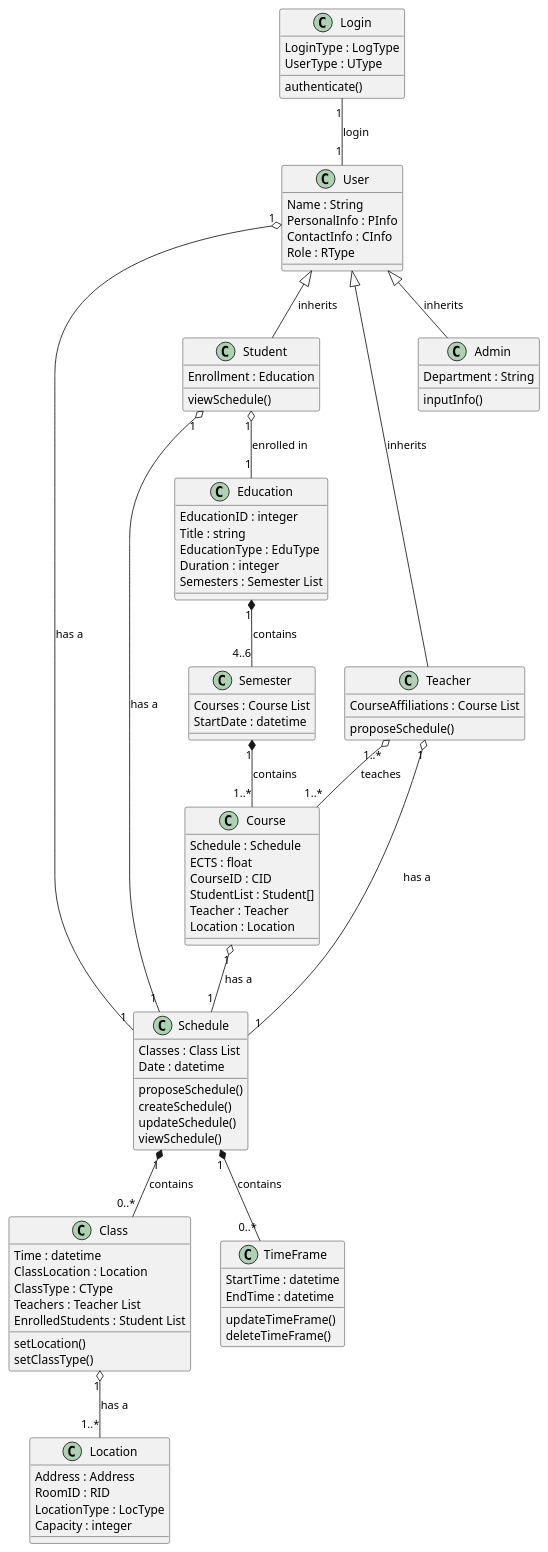
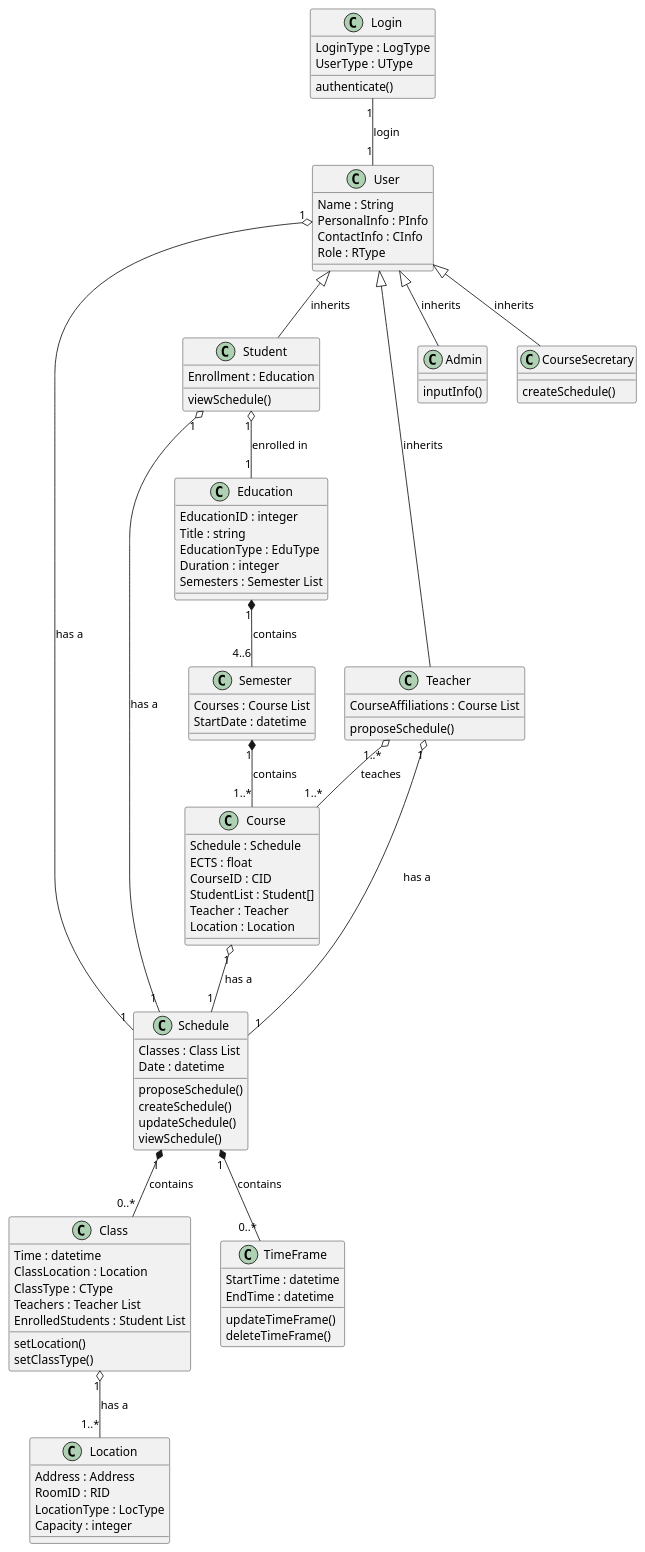
One commit to frejabauch/Systemudvikling_FSIS changed the diagram in ClassDiagram.puml. Above: the diagram before and after it, drawn with PlantUML. The commit also changed 2 other files, not shown here.

Commit message:
updated class diagram

```diff
--- a/ClassDiagram.puml
+++ b/ClassDiagram.puml
@@ -1,107 +1,111 @@
-@startuml
+@startuml ClassDiagram
 
 class Education {
     EducationID : integer
     Title : string
     EducationType : EduType
     Duration : integer
     Semesters : Semester List
 }
 
 class Schedule{
     Classes : Class List
     Date : datetime
     proposeSchedule()
     createSchedule()
     updateSchedule()
     viewSchedule()
 }
 
 class Location{
     Address : Address
     RoomID : RID
     LocationType : LocType
     Capacity : integer
 }
 
 class Course{
     Schedule : Schedule
     ECTS : float
     CourseID : CID
     StudentList : Student[]
     Teacher : Teacher
     Location : Location
 }
 
 class Class{
     Time : datetime
     ClassLocation : Location
     ClassType : CType
     Teachers : Teacher List
     EnrolledStudents : Student List
     setLocation()
     setClassType()
 }
 
 class Login{
     LoginType : LogType
     UserType : UType
     authenticate()
 }
 
 class User{
     Name : String
     PersonalInfo : PInfo
     ContactInfo : CInfo
     Role : RType
 }
 
 class Semester{
     Courses : Course List
     StartDate : datetime
 }
 
 class Student{
     Enrollment : Education
     viewSchedule()
 }
 
 class Teacher{
     CourseAffiliations : Course List
     proposeSchedule()
 }
 
 class Admin{
-    Department : String
     inputInfo()
 }
 
 class TimeFrame{
     StartTime : datetime
     EndTime : datetime
     updateTimeFrame()
     deleteTimeFrame()
+}
+
+class CourseSecretary{
+    createSchedule()
 }
 
 User"1" o-- "1" Schedule : has a
 Course"1" o-- "1" Schedule : has a
 Student"1" o-- "1" Schedule : has a
 Teacher"1" o-- "1" Schedule : has a
 
 Education"1" *-- "4..6" Semester : contains
 
 Class "1" o-- "1..*"Location : has a
 
 User <|-- Student : inherits
 User <|-- Teacher : inherits
 User <|-- Admin : inherits
+User <|-- CourseSecretary : inherits
 
 Semester"1" *-- "1..*" Course : contains
 Schedule"1" *-- "0..*" Class : contains
 Schedule"1" *-- "0..*" TimeFrame : contains
 Teacher"1..*" o-- "1..*" Course : teaches
 Student"1" o-- "1" Education : enrolled in
 
 Login "1" -- "1" User : login
 
 @enduml
```
